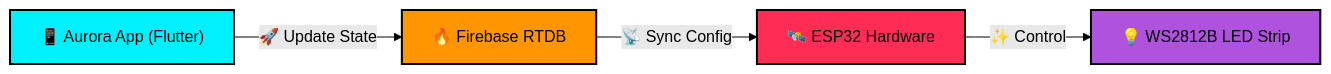
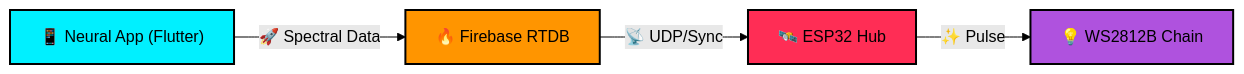
One commit to kiran-embedded/aurora-pixel-controller changed the diagram in README.md. Above: the diagram before and after it, drawn with Mermaid (forest theme). The commit also changed other lines of this file and 3 other files, not shown here.

````diff
--- a/README.md
+++ b/README.md
@@ -31,11 +44,11 @@
 ```mermaid
 graph LR
-    A["📱 Aurora App (Flutter)"] -- "🚀 Update State" --> B["🔥 Firebase RTDB"]
-    B -- "📡 Sync Config" --> C["🛰️ ESP32 Hardware"]
-    C -- "✨ Control" --> D["💡 WS2812B LED Strip"]
+    A["📱 Neural App (Flutter)"] -- "🚀 Spectral Data" --> B["🔥 Firebase RTDB"]
+    B -- "📡 UDP/Sync" --> C["🛰️ ESP32 Hub"]
+    C -- "✨ Pulse" --> D["💡 WS2812B Chain"]
     
     style A fill:#00F0FF,stroke:#000,stroke-width:2px,color:#000
     style B fill:#FF9500,stroke:#000,stroke-width:2px,color:#000
     style C fill:#FF2D55,stroke:#000,stroke-width:2px,color:#000
     style D fill:#AF52DE,stroke:#000,stroke-width:2px,color:#000
 ```
````
